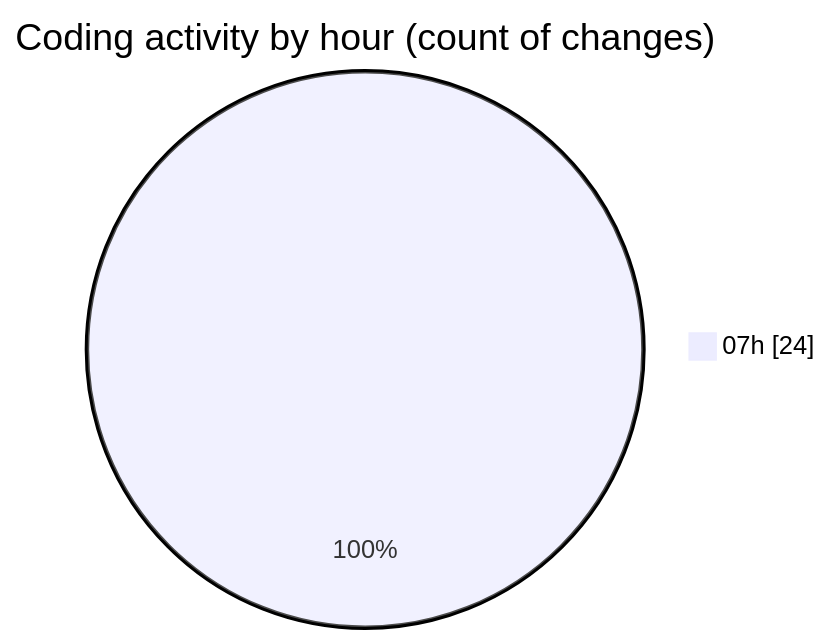
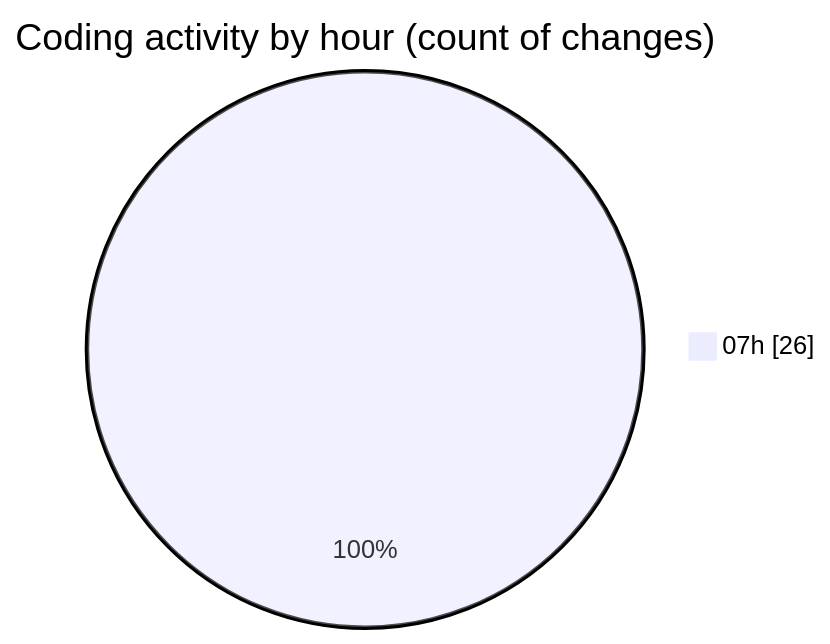
One commit to vahidmafi/code-tracking changed the second of 2 diagrams in 2025-10-04/shop/README.md. Above: the diagram before and after it, drawn with Mermaid. The commit also changed other lines of this file and 1 other file, not shown here.

````diff
--- a/2025-10-04/shop/README.md
+++ b/2025-10-04/shop/README.md
@@ -32,5 +32,5 @@
 ```mermaid
 pie showData
 title Coding activity by hour (count of changes)
-"07h" : 24
+"07h" : 26
 ```
````
